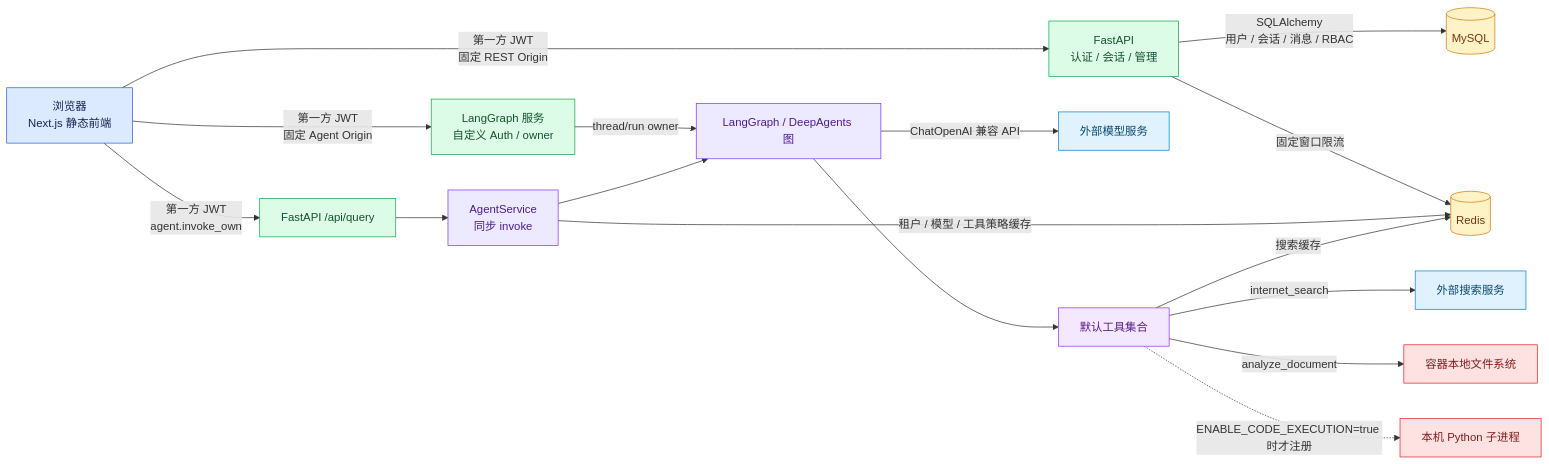
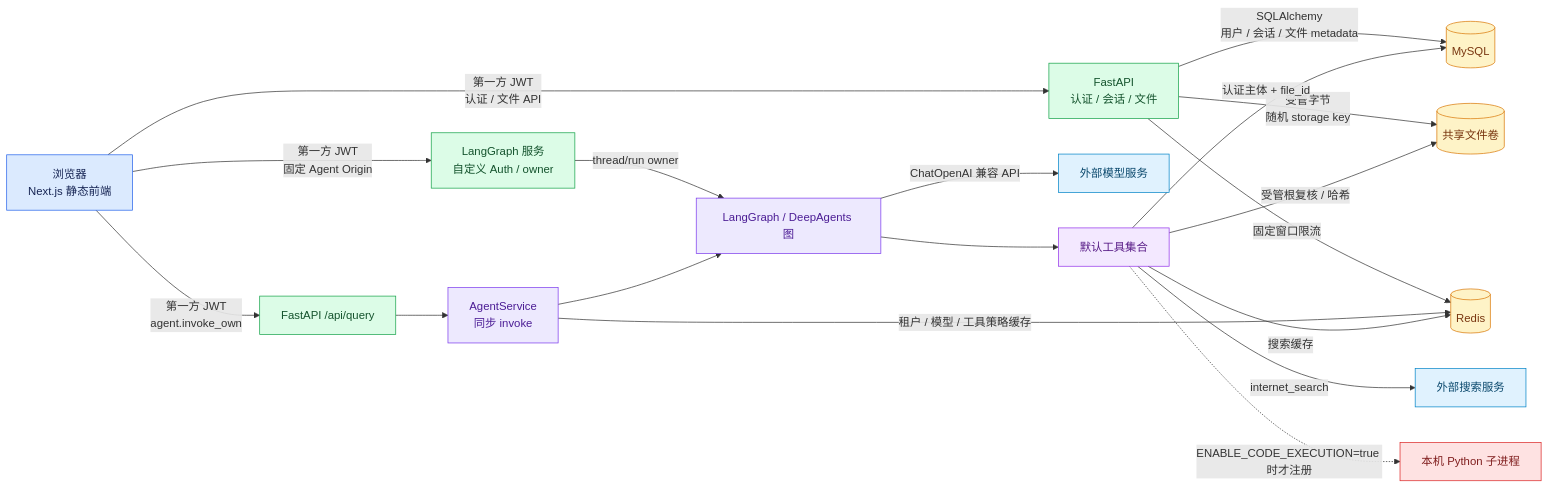
One commit to jwj911/deep_data_agent changed the diagram in .trae/documents/project_analysis.md. Above: the diagram before and after it, drawn with Mermaid. The commit also changed other lines of this file and 40 other files, not shown here.

````diff
--- a/.trae/documents/project_analysis.md
+++ b/.trae/documents/project_analysis.md
@@ -110,36 +111,38 @@
 ```mermaid
 flowchart LR
-    B["浏览器<br/>Next.js 静态前端"] -->|"第一方 JWT<br/>固定 REST Origin"| F["FastAPI<br/>认证 / 会话 / 管理"]
+    B["浏览器<br/>Next.js 静态前端"] -->|"第一方 JWT<br/>认证 / 文件 API"| F["FastAPI<br/>认证 / 会话 / 文件"]
     B -->|"第一方 JWT<br/>固定 Agent Origin"| L["LangGraph 服务<br/>自定义 Auth / owner"]
     B -->|"第一方 JWT<br/>agent.invoke_own"| Q["FastAPI /api/query"]
 
-    F -->|"SQLAlchemy<br/>用户 / 会话 / 消息 / RBAC"| M[("MySQL")]
+    F -->|"SQLAlchemy<br/>用户 / 会话 / 文件 metadata"| M[("MySQL")]
+    F -->|"受管字节<br/>随机 storage key"| V[("共享文件卷")]
     F -->|"固定窗口限流"| R[("Redis")]
     Q --> A["AgentService<br/>同步 invoke"]
     L -->|"thread/run owner"| G["LangGraph / DeepAgents 图"]
     A --> G
     A -->|"租户 / 模型 / 工具策略缓存"| R
     G -->|"ChatOpenAI 兼容 API"| X["外部模型服务"]
     G --> T["默认工具集合"]
     T -->|"internet_search"| S["外部搜索服务"]
-    T -->|"analyze_document"| D["容器本地文件系统"]
+    T -->|"认证主体 + file_id"| M
+    T -->|"受管根复核 / 哈希"| V
     T -.->|"ENABLE_CODE_EXECUTION=true 时才注册"| C["本机 Python 子进程"]
     T -->|"搜索缓存"| R
 
     class B browser
     class F boundary
     class L,Q boundary
     class A,G compute
-    class M,R data
+    class M,R,V data
     class X,S external
     class T tool
-    class D,C risk
+    class C risk
 
     classDef browser fill:#dbeafe,color:#172554,stroke:#2563eb
     classDef boundary fill:#dcfce7,color:#14532d,stroke:#16a34a
     classDef risk fill:#fee2e2,color:#7f1d1d,stroke:#dc2626
     classDef compute fill:#ede9fe,color:#4c1d95,stroke:#7c3aed
     classDef data fill:#fef3c7,color:#78350f,stroke:#d97706
     classDef external fill:#e0f2fe,color:#0c4a6e,stroke:#0284c7
     classDef tool fill:#f3e8ff,color:#581c87,stroke:#9333ea
 ```
````
